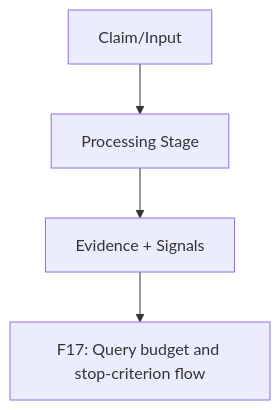
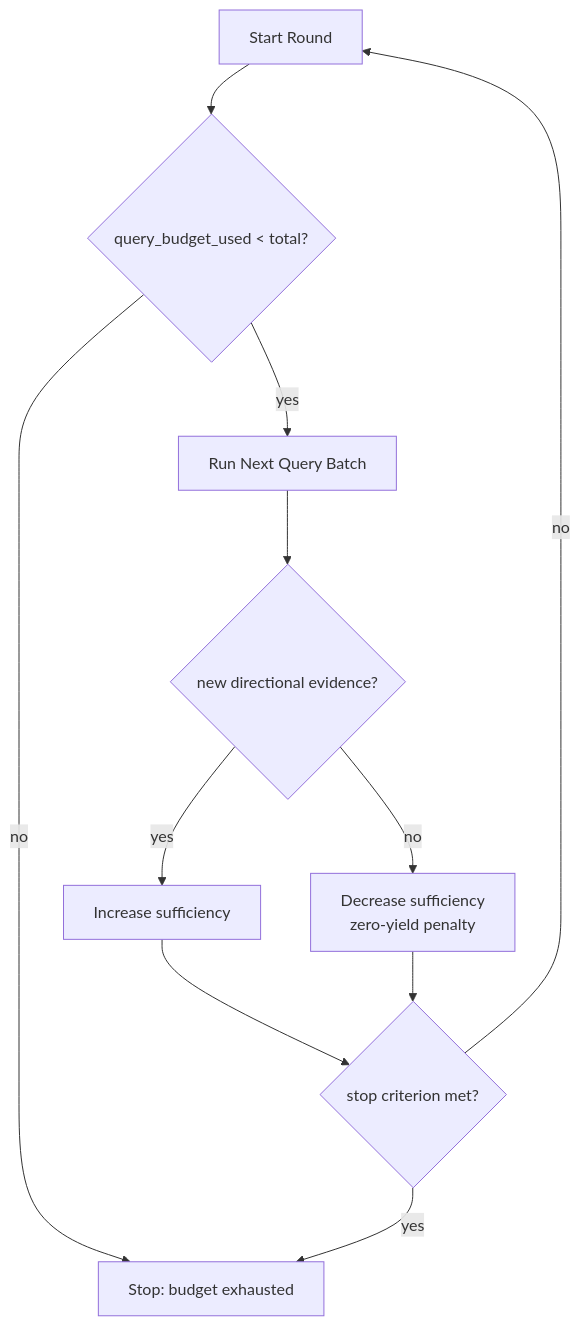
The seventh of 8 diagrams in methodology/figures/03-retrieval-and-corrective-pack.md (Luxia-AI/docs), drawn with Mermaid before and after one commit. The commit also changed other lines of this file and 9 other files, not shown here.

First line of the commit message:
Refactor methodology figures with updated Mermaid diagrams and enhanced clarity across multiple packs. Key changes include:

````diff
--- a/methodology/figures/03-retrieval-and-corrective-pack.md
+++ b/methodology/figures/03-retrieval-and-corrective-pack.md
@@ -193,6 +222,14 @@
 ```mermaid
 flowchart TD
-    A[Claim/Input] --> B[Processing Stage]
-    B --> C[Evidence + Signals]
-    C --> D[F17: Query budget and stop-criterion flow]
+  S[Start Round] --> B1{query_budget_used < total?}
+  B1 -- no --> END[Stop: budget exhausted]
+  B1 -- yes --> R[Run Next Query Batch]
+  R --> Y{new directional evidence?}
+  Y -- yes --> C[Increase sufficiency]
+  Y -- no --> P[Decrease sufficiency
+zero-yield penalty]
+  C --> G{stop criterion met?}
+  P --> G
+  G -- yes --> END
+  G -- no --> S
 ```
````
